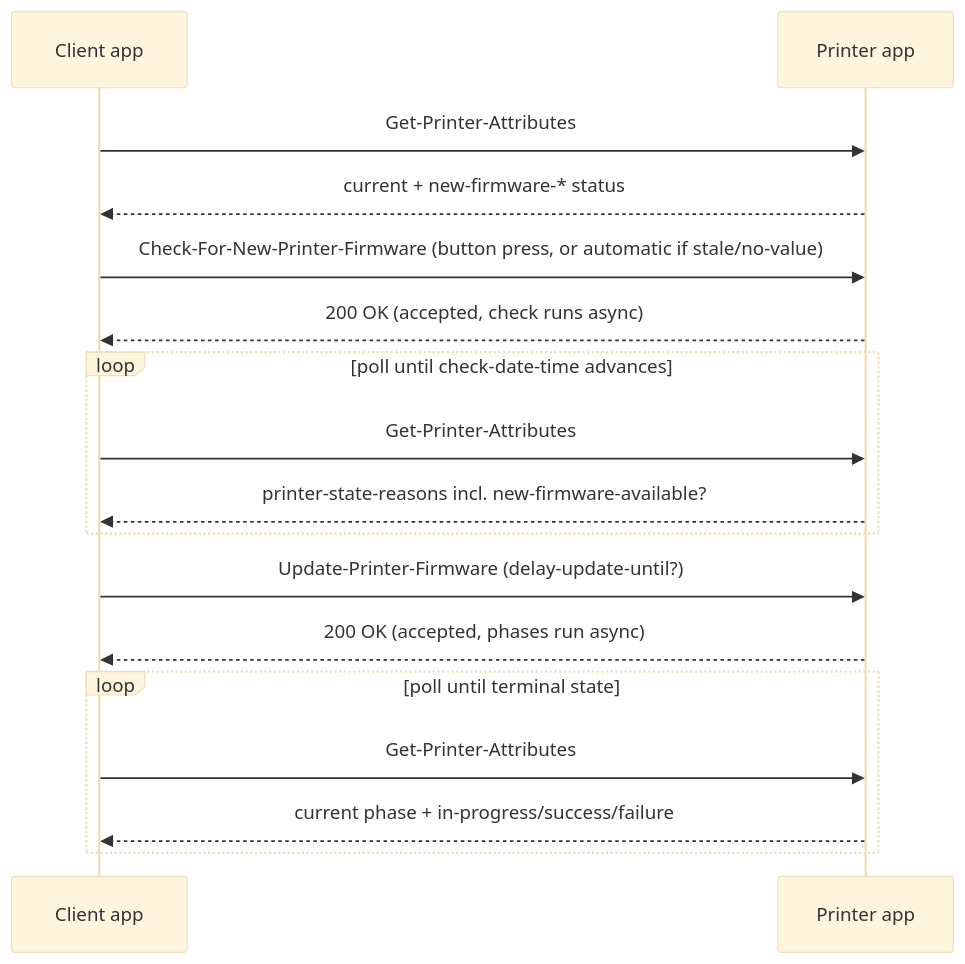
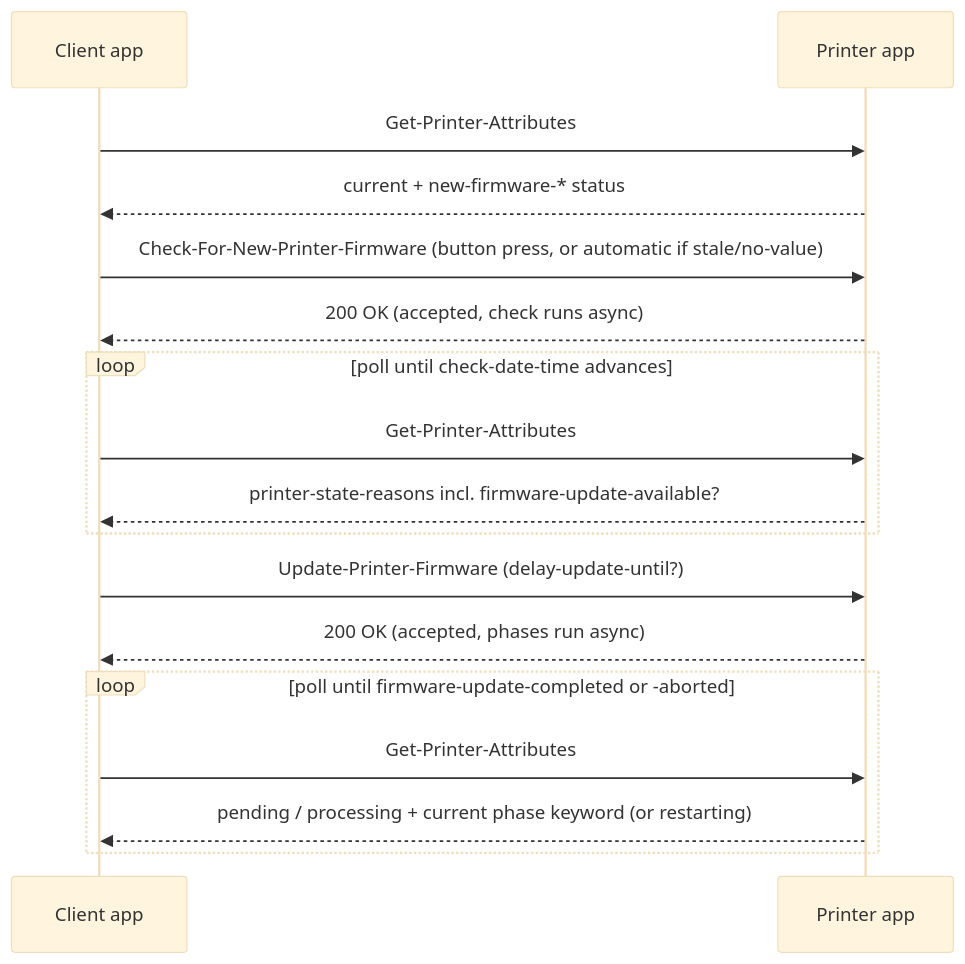
One commit to wifiprintguy/fwupdate-prototype-dart changed the second of 2 diagrams in README.md. Above: the diagram before and after it, drawn with Mermaid (base theme). The commit also changed other lines of this file and 18 other files, not shown here.

````diff
--- a/README.md
+++ b/README.md
@@ -434,20 +485,20 @@
 ```mermaid
 sequenceDiagram
     participant C as Client app
     participant P as Printer app
 
     C->>P: Get-Printer-Attributes
     P-->>C: current + new-firmware-* status
     C->>P: Check-For-New-Printer-Firmware (button press, or automatic if stale/no-value)
     P-->>C: 200 OK (accepted, check runs async)
     loop poll until check-date-time advances
         C->>P: Get-Printer-Attributes
-        P-->>C: printer-state-reasons incl. new-firmware-available?
+        P-->>C: printer-state-reasons incl. firmware-update-available?
     end
     C->>P: Update-Printer-Firmware (delay-update-until?)
     P-->>C: 200 OK (accepted, phases run async)
-    loop poll until terminal state
+    loop poll until firmware-update-completed or -aborted
         C->>P: Get-Printer-Attributes
-        P-->>C: current phase + in-progress/success/failure
+        P-->>C: pending / processing + current phase keyword (or restarting)
     end
 ```
````
